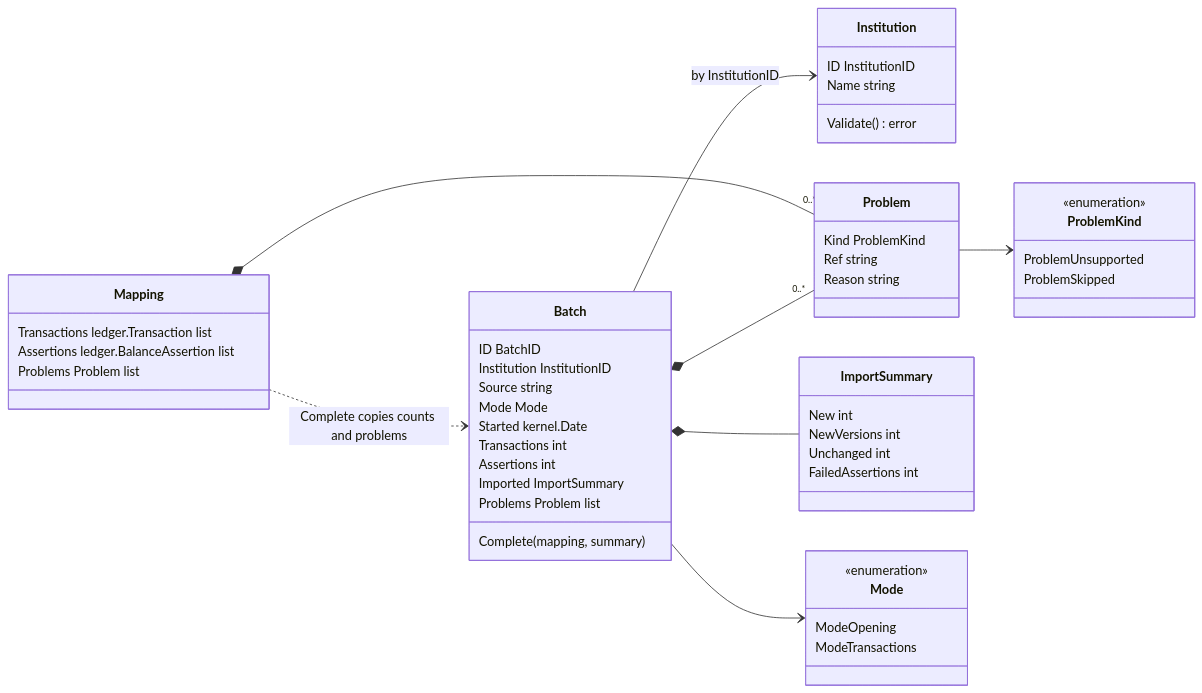
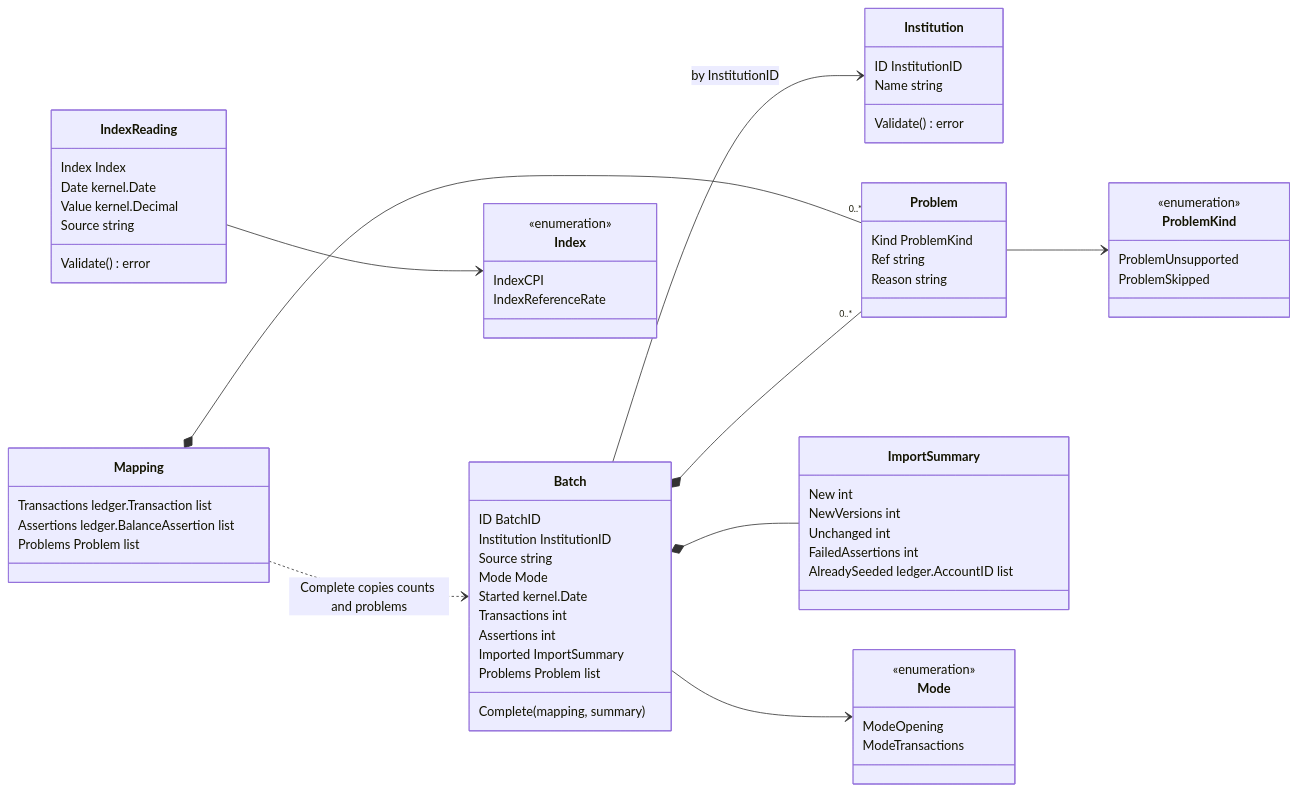
The first of 5 diagrams in docs/concepts/ingest.md (arkadiuss/openfief), drawn with Mermaid before and after one commit. The commit also changed other lines of this file and 5 other files, not shown here.

First line of the commit message:
docs: bring architecture and concept pages up to main

````diff
--- a/docs/concepts/ingest.md
+++ b/docs/concepts/ingest.md
@@ -40,54 +43,68 @@
 ```mermaid
 classDiagram
   direction LR
   class Institution {
     ID InstitutionID
     Name string
     Validate() error
   }
   class Batch {
     ID BatchID
     Institution InstitutionID
     Source string
     Mode Mode
     Started kernel.Date
     Transactions int
     Assertions int
     Imported ImportSummary
     Problems Problem list
     Complete(mapping, summary)
   }
   class Mapping {
     Transactions ledger.Transaction list
     Assertions ledger.BalanceAssertion list
     Problems Problem list
   }
   class Problem {
     Kind ProblemKind
     Ref string
     Reason string
   }
   class ImportSummary {
     New int
     NewVersions int
     Unchanged int
     FailedAssertions int
+    AlreadySeeded ledger.AccountID list
+  }
+  class IndexReading {
+    Index Index
+    Date kernel.Date
+    Value kernel.Decimal
+    Source string
+    Validate() error
   }
   class Mode {
     <<enumeration>>
     ModeOpening
     ModeTransactions
   }
   class ProblemKind {
     <<enumeration>>
     ProblemUnsupported
     ProblemSkipped
   }
+  class Index {
+    <<enumeration>>
+    IndexCPI
+    IndexReferenceRate
+  }
   Batch --> Institution : by InstitutionID
   Batch --> Mode
   Batch *-- ImportSummary
   Batch *-- "0..*" Problem
   Mapping *-- "0..*" Problem
   Problem --> ProblemKind
+  IndexReading --> Index
   Mapping ..> Batch : Complete copies counts and problems
 ```
````
